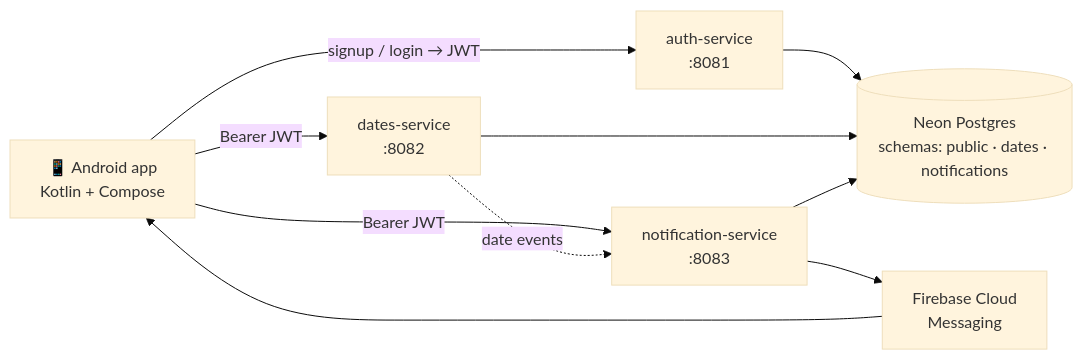
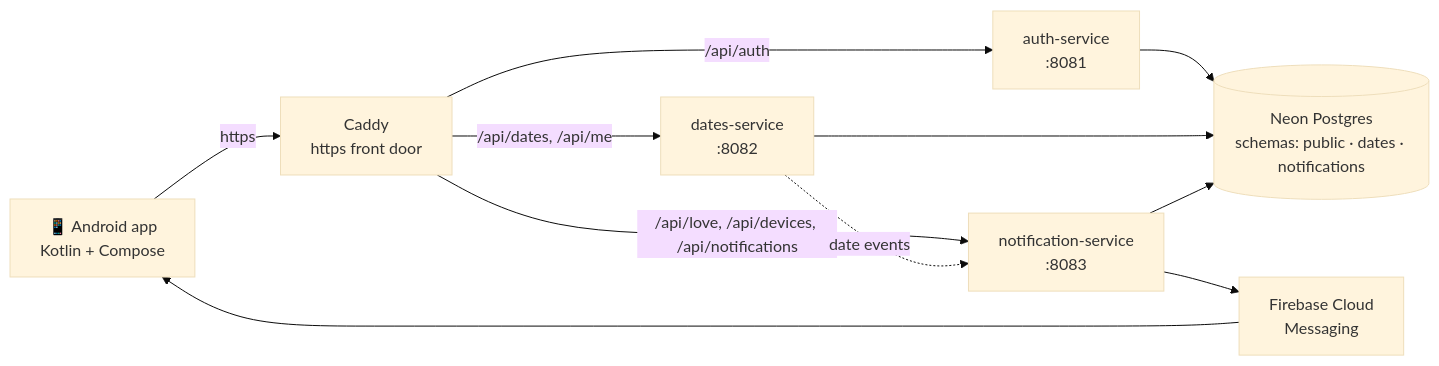
The diagram in README.md (sagnik-11/etoile), drawn with Mermaid (base theme) before and after one commit. The commit also changed other lines of this file and 2 other files, not shown here.

First line of the commit message:
Update README for the Android app and Oracle deployment

````diff
--- a/README.md
+++ b/README.md
@@ -64,18 +64,20 @@
 ```mermaid
 flowchart LR
     app["📱 Android app<br/>Kotlin + Compose"]
+    caddy["Caddy<br/>https front door"]
     auth["auth-service<br/>:8081"]
     dates["dates-service<br/>:8082"]
     notif["notification-service<br/>:8083"]
     fcm["Firebase Cloud<br/>Messaging"]
     db[("Neon Postgres<br/>schemas: public · dates · notifications")]
 
-    app -- "signup / login → JWT" --> auth
-    app -- "Bearer JWT" --> dates
-    app -- "Bearer JWT" --> notif
+    app -- "https" --> caddy
+    caddy -- "/api/auth" --> auth
+    caddy -- "/api/dates, /api/me" --> dates
+    caddy -- "/api/love, /api/devices, /api/notifications" --> notif
     dates -. "date events" .-> notif
     notif --> fcm --> app
     auth --> db
     dates --> db
     notif --> db
 ```
````
